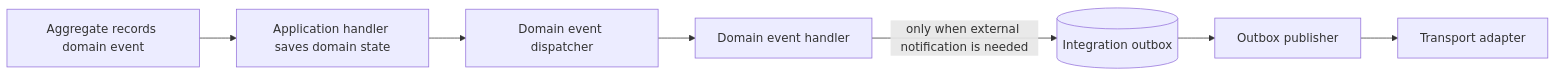
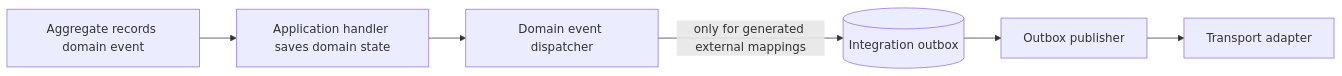
The diagram in docs/domain/EVENTS_AND_MESSAGING.md (danigutsch/ViajantesTurismo), drawn with Mermaid before and after one commit. The commit also changed other lines of this file and 11 other files, not shown here.

Commit message:
docs(architecture): document typed messaging ownership

````diff
--- a/docs/domain/EVENTS_AND_MESSAGING.md
+++ b/docs/domain/EVENTS_AND_MESSAGING.md
@@ -205,17 +222,15 @@
 ```mermaid
 flowchart LR
     aggregate[Aggregate records domain event]
     handler[Application handler saves domain state]
     dispatcher[Domain event dispatcher]
-    domainHandler[Domain event handler]
     outbox[(Integration outbox)]
     publisher[Outbox publisher]
     transport[Transport adapter]
 
     aggregate --> handler
     handler --> dispatcher
-    dispatcher --> domainHandler
-    domainHandler -->|only when external notification is needed| outbox
+    dispatcher -->|only for generated external mappings| outbox
     outbox --> publisher
     publisher --> transport
 ```
````
